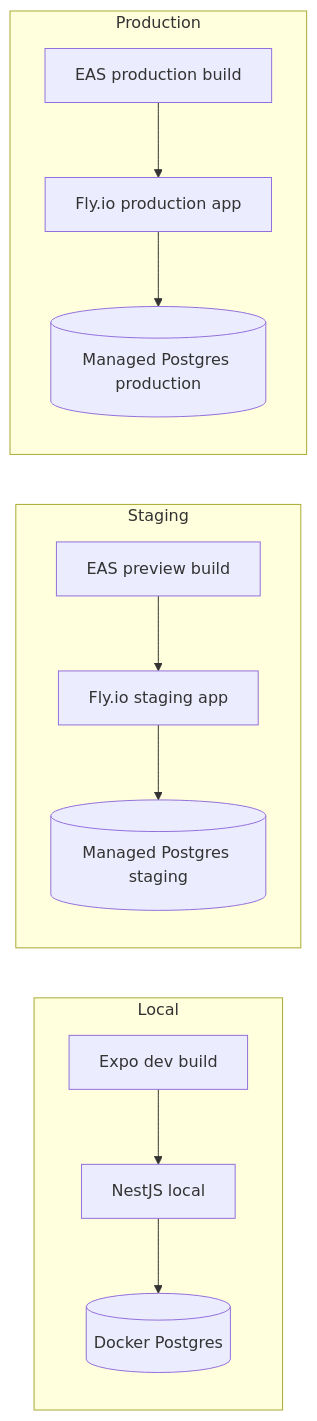
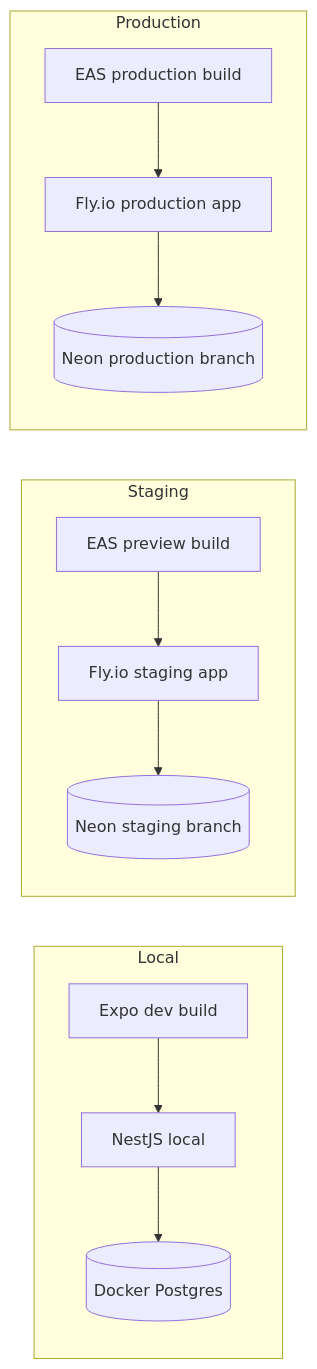
One commit to TrgHieu05/meal-planner-monorepo changed the third of 3 diagrams in docs/production/architecture.md. Above: the diagram before and after it, drawn with Mermaid. The commit also changed other lines of this file and 6 other files, not shown here.

Commit message:
feat(docs): update production documentation to clarify Neon database model and review process for Pull Requests

````diff
--- a/docs/production/architecture.md
+++ b/docs/production/architecture.md
@@ -131,23 +147,23 @@
 ```mermaid
 flowchart LR
   subgraph Local
     LocalApp[Expo dev build]
     LocalApi[NestJS local]
     LocalDb[(Docker Postgres)]
     LocalApp --> LocalApi --> LocalDb
   end
 
   subgraph Staging
     StagingApp[EAS preview build]
     StagingApi[Fly.io staging app]
-    StagingDb[(Managed Postgres staging)]
+    StagingDb[(Neon staging branch)]
     StagingApp --> StagingApi --> StagingDb
   end
 
   subgraph Production
     ProdApp[EAS production build]
     ProdApi[Fly.io production app]
-    ProdDb[(Managed Postgres production)]
+    ProdDb[(Neon production branch)]
     ProdApp --> ProdApi --> ProdDb
   end
 ```
````
